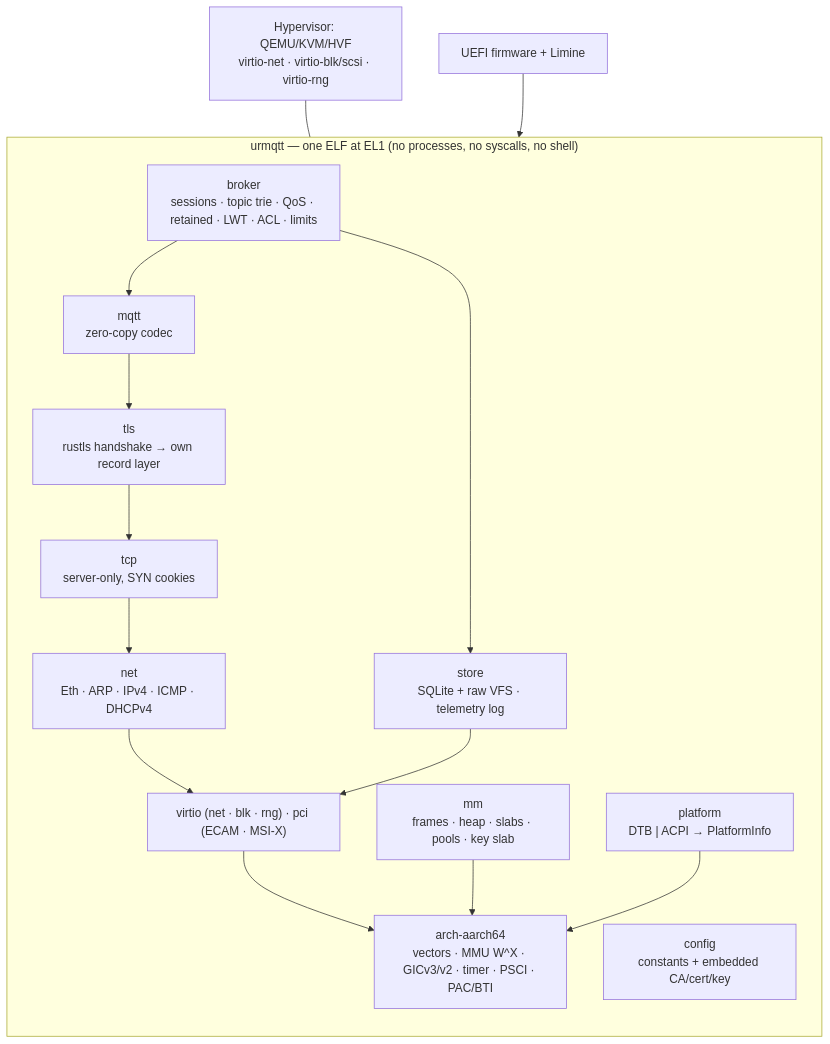
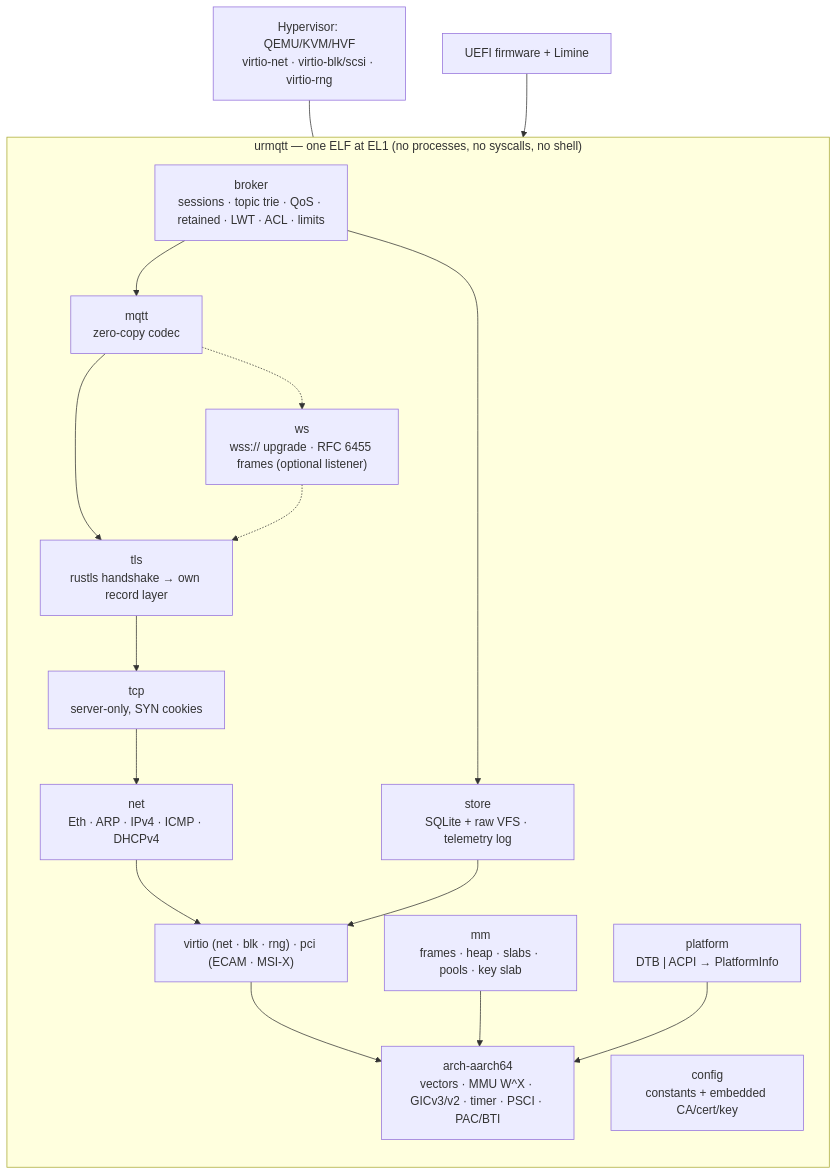
Before and after one commit to zeljan-alduk/urMQTT: the first of 3 diagrams in README.md, drawn with Mermaid. The commit also changed other lines of this file and 42 other files, not shown here.

````diff
--- a/README.md
+++ b/README.md
@@ -151,24 +152,26 @@
 ```mermaid
 flowchart TB
     subgraph image["urmqtt — one ELF at EL1 (no processes, no syscalls, no shell)"]
         direction TB
         broker["broker<br/>sessions · topic trie · QoS · retained · LWT · ACL · limits"]
         mqtt["mqtt<br/>zero-copy codec"]
         tls["tls<br/>rustls handshake → own record layer"]
+        ws["ws<br/>wss:// upgrade · RFC 6455 frames (optional listener)"]
         tcp["tcp<br/>server-only, SYN cookies"]
         net["net<br/>Eth · ARP · IPv4 · ICMP · DHCPv4"]
         store["store<br/>SQLite + raw VFS · telemetry log"]
         drivers["virtio (net · blk · rng) · pci (ECAM · MSI-X)"]
         mm["mm<br/>frames · heap · slabs · pools · key slab"]
         arch["arch-aarch64<br/>vectors · MMU W^X · GICv3/v2 · timer · PSCI · PAC/BTI"]
         platform["platform<br/>DTB | ACPI → PlatformInfo"]
         config["config<br/>constants + embedded CA/cert/key"]
         broker --> mqtt --> tls --> tcp --> net --> drivers
+        mqtt -.-> ws -.-> tls
         broker --> store --> drivers
         drivers --> arch
         mm --> arch
         platform --> arch
     end
     fw["UEFI firmware + Limine"] --> image
     hv["Hypervisor: QEMU/KVM/HVF<br/>virtio-net · virtio-blk/scsi · virtio-rng"] --- drivers
 ```
````
